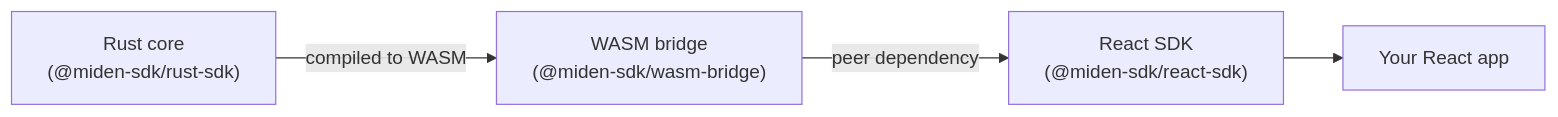
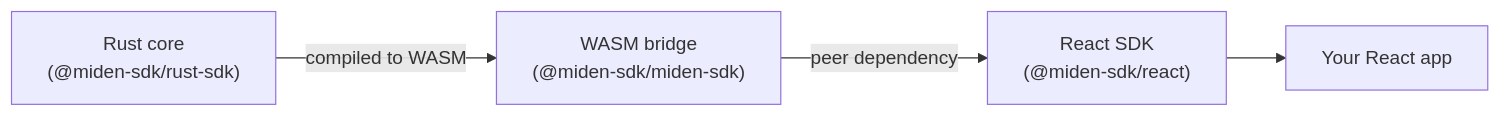
One commit to 0xMiden/miden-client changed the first of 5 diagrams in docs/external/src/react-client/design.md. Above: the diagram before and after it, drawn with Mermaid. The commit also changed other lines of this file and 45 other files, not shown here.

````diff
--- a/docs/external/src/react-client/design.md
+++ b/docs/external/src/react-client/design.md
@@ -14,6 +14,6 @@
 ```mermaid
 flowchart LR
-    A["Rust core<br/>(@miden-sdk/rust-sdk)"] -->|"compiled to WASM"| B["WASM bridge<br/>(@miden-sdk/wasm-bridge)"]
-    B -->|"peer dependency"| C["React SDK<br/>(@miden-sdk/react-sdk)"]
+    A["Rust core<br/>(@miden-sdk/rust-sdk)"] -->|"compiled to WASM"| B["WASM bridge<br/>(@miden-sdk/miden-sdk)"]
+    B -->|"peer dependency"| C["React SDK<br/>(@miden-sdk/react)"]
     C --> D["Your React app"]
 ```
````
